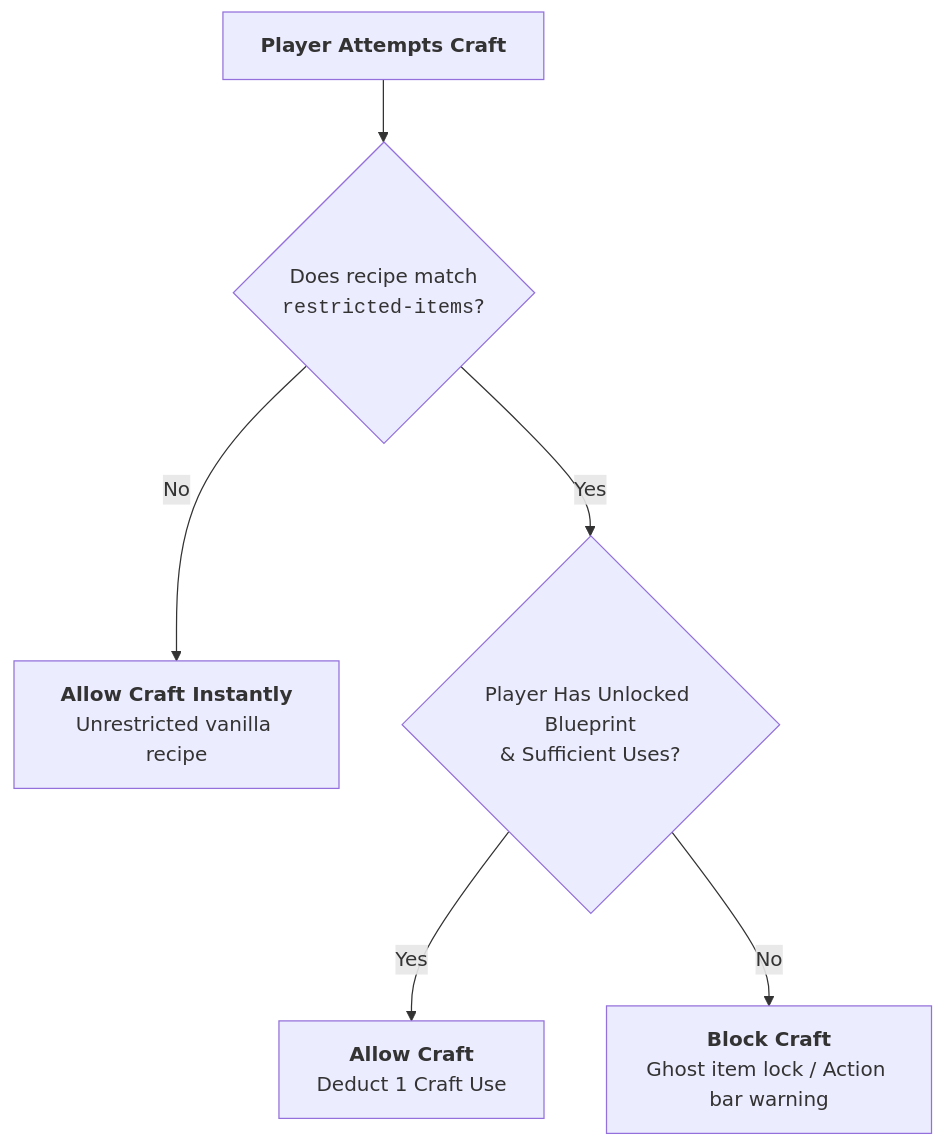
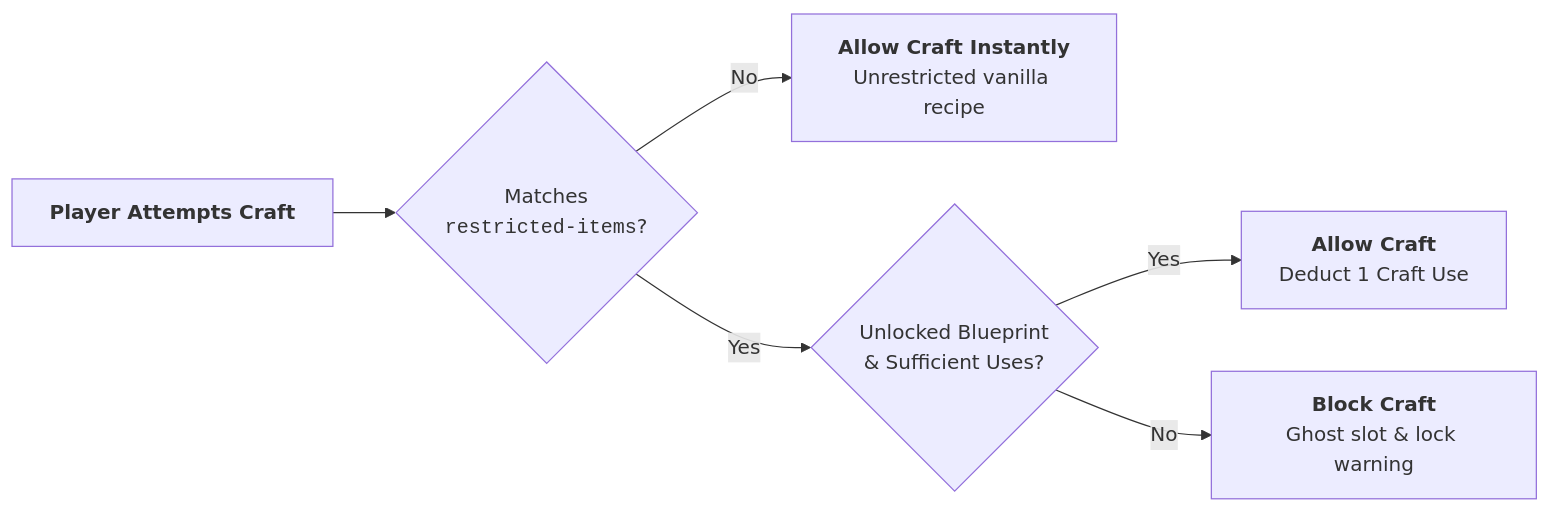
Before and after one commit to XZtotal/CraftingBlueprints-Wiki: the diagram in docs/progression/recipe-restrictions.md, drawn with Mermaid. The commit also changed 21 other files, not shown here.

Commit message:
style(docs): widen all remaining vertical diagrams to horizontal pipelines and guarantee shadow-DOM centering

````diff
--- a/docs/progression/recipe-restrictions.md
+++ b/docs/progression/recipe-restrictions.md
@@ -11,15 +11,8 @@
 ```mermaid
-flowchart TD
-    Attempt["<b>Player Attempts Craft</b>"]
-    Check{"Does recipe match<br/><code>restricted-items</code>?"}
-    Vanilla["<b>Allow Craft Instantly</b><br/>Unrestricted vanilla recipe"]
-    BPCheck{"Player Has Unlocked Blueprint<br/>&amp; Sufficient Uses?"}
-    Allow["<b>Allow Craft</b><br/>Deduct 1 Craft Use"]
-    Block["<b>Block Craft</b><br/>Ghost item lock / Action bar warning"]
-
-    Attempt --> Check
-    Check -->|No| Vanilla
-    Check -->|Yes| BPCheck
-    BPCheck -->|Yes| Allow
-    BPCheck -->|No| Block
+flowchart LR
+    Attempt["<b>Player Attempts Craft</b>"] --> Check{"Matches<br/><code>restricted-items</code>?"}
+    Check -->|No| Vanilla["<b>Allow Craft Instantly</b><br/>Unrestricted vanilla recipe"]
+    Check -->|Yes| BPCheck{"Unlocked Blueprint<br/>&amp; Sufficient Uses?"}
+    BPCheck -->|Yes| Allow["<b>Allow Craft</b><br/>Deduct 1 Craft Use"]
+    BPCheck -->|No| Block["<b>Block Craft</b><br/>Ghost slot &amp; lock warning"]
 ```
````
